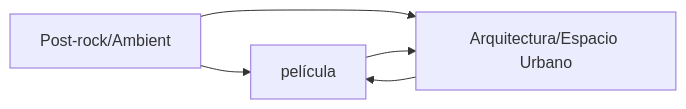
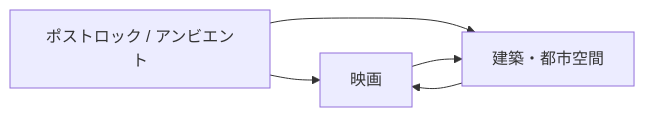
Before and after one commit to monumental-movement/monumental-movement.github.io: the diagram in es/_posts/2025-09-19-Column-Post-Rock-Ambient-Movie-Architecture.md, drawn with Mermaid. The commit also changed other lines of this file and 299 other files, not shown here.

```diff
--- a/es/_posts/2025-09-19-Column-Post-Rock-Ambient-Movie-Architecture.md
+++ b/es/_posts/2025-09-19-Column-Post-Rock-Ambient-Movie-Architecture.md
@@ -80,12 +80,12 @@
 <div class="mermaid">
 flowchart LR
-    Music["Post-rock/Ambient"]
-    Film["película"]
-    Architecture["Arquitectura/Espacio Urbano"]
+    Music["ポストロック / アンビエント"]
+    Film["映画"]
+    Architecture["建築・都市空間"]
 
     Music --> Film
     Music --> Architecture
     Film --> Architecture
     Architecture --> Film
 
 </div>
```
